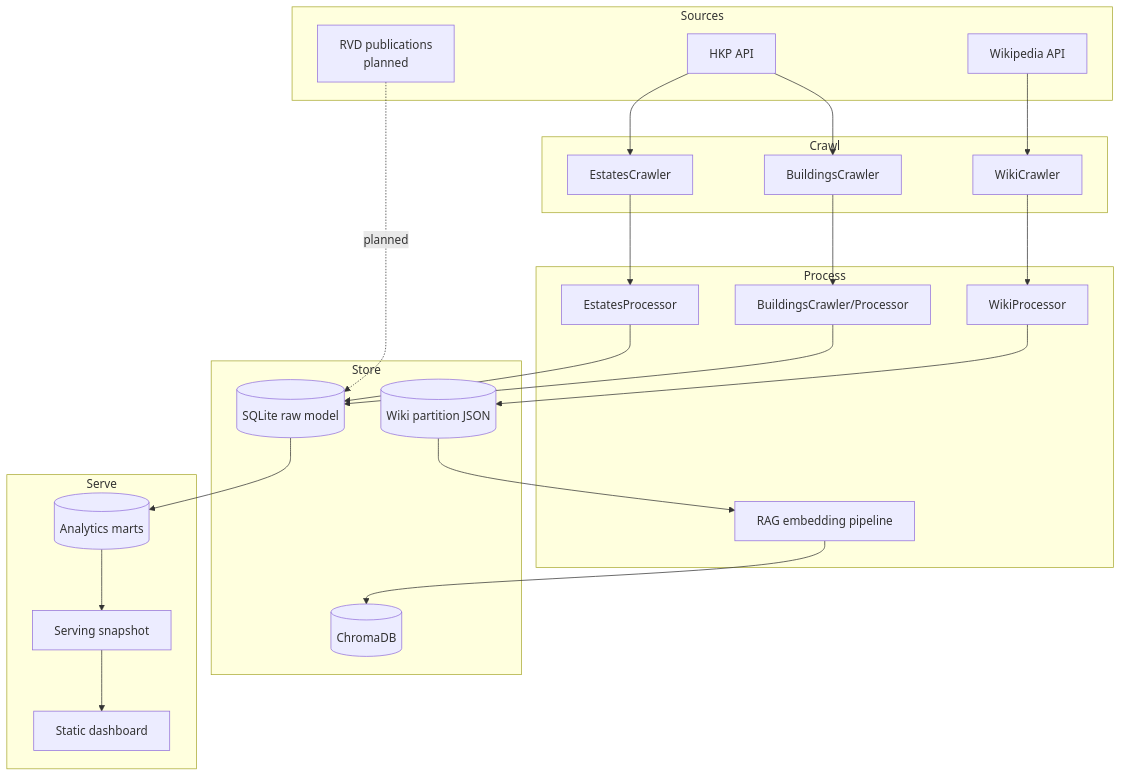
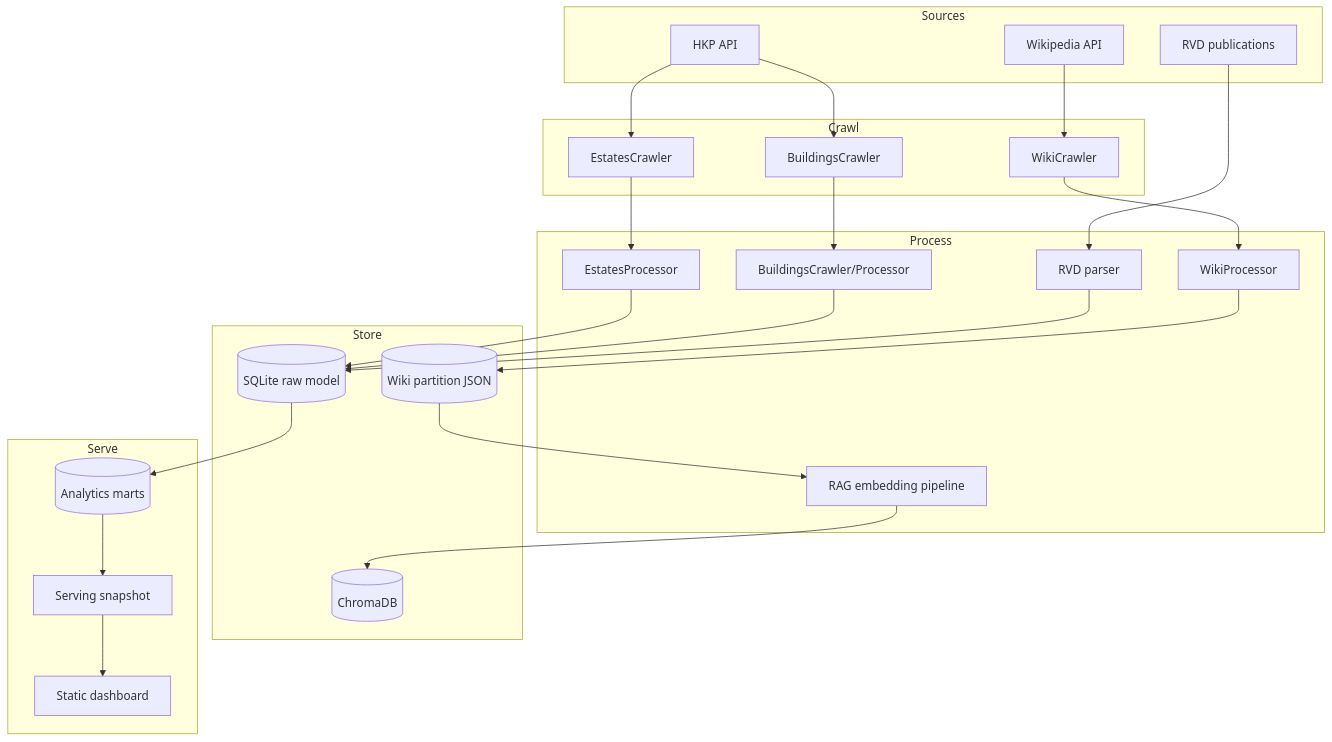
The diagram in docs/architecture.md (monitus2022/HK_Housing_Datahub), drawn with Mermaid before and after one commit. The commit also changed other lines of this file and 6 other files, not shown here.

````diff
--- a/docs/architecture.md
+++ b/docs/architecture.md
@@ -9,40 +9,41 @@
 ```mermaid
 flowchart TD
     subgraph Sources
         HKP[HKP API]
         WIKI[Wikipedia API]
-        RVD[RVD publications<br/>planned]
+        RVD[RVD publications]
     end
 
     subgraph Crawl
         EC[EstatesCrawler]
         BC[BuildingsCrawler]
         WC[WikiCrawler]
     end
 
     subgraph Process
         EP[EstatesProcessor]
         BP[BuildingsCrawler/Processor]
         WP[WikiProcessor]
+        RP[RVD parser]
         RG[RAG embedding pipeline]
     end
 
     subgraph Store
         SQL[(SQLite raw model)]
         WJSON[(Wiki partition JSON)]
         CHROMA[(ChromaDB)]
     end
 
     subgraph Serve
         MART[(Analytics marts)]
         SNAP[Serving snapshot]
         WEB[Static dashboard]
     end
 
     HKP --> EC --> EP --> SQL
     HKP --> BC --> BP --> SQL
     WIKI --> WC --> WP --> WJSON
     WJSON --> RG --> CHROMA
     SQL --> MART --> SNAP --> WEB
-    RVD -. planned .-> SQL
+    RVD --> RP --> SQL
 ```
````
